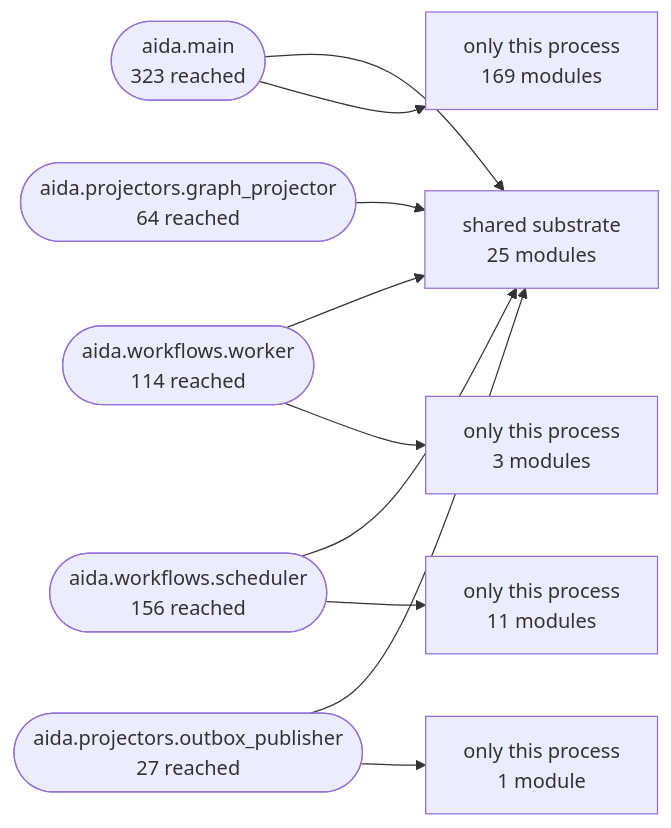
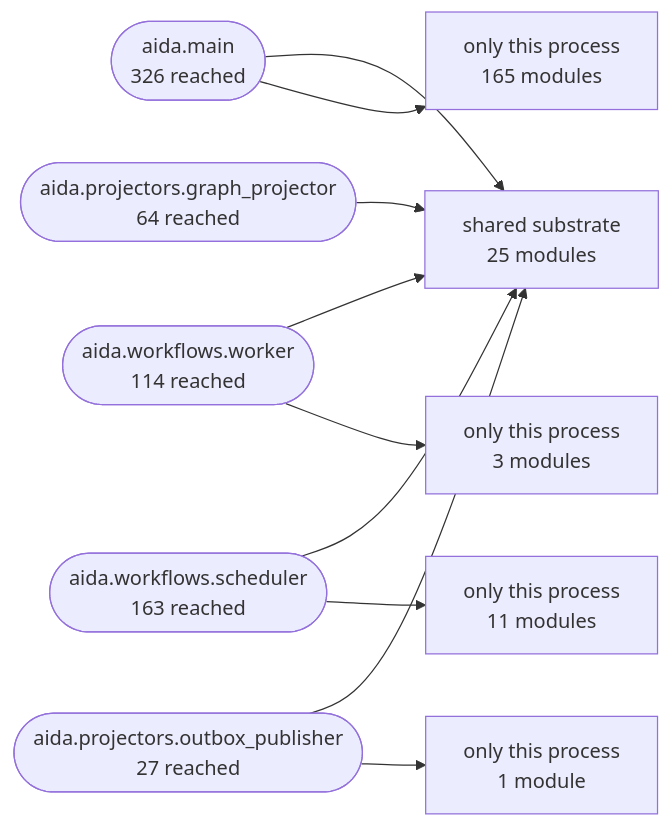
The second of 3 diagrams in Docs/10-architecture/14-generated-architecture-map.md (karuppusamym/AIDataAnalyst), drawn with Mermaid before and after one commit. The commit also changed other lines of this file and 25 other files, not shown here.

````diff
--- a/Docs/10-architecture/14-generated-architecture-map.md
+++ b/Docs/10-architecture/14-generated-architecture-map.md
@@ -172,22 +172,22 @@
 ```mermaid
 graph LR
   shared["shared substrate<br/>25 modules"]
-  aida_main(["aida.main<br/>323 reached"])
+  aida_main(["aida.main<br/>326 reached"])
   aida_workflows_worker(["aida.workflows.worker<br/>114 reached"])
-  aida_workflows_scheduler(["aida.workflows.scheduler<br/>156 reached"])
+  aida_workflows_scheduler(["aida.workflows.scheduler<br/>163 reached"])
   aida_projectors_graph_projector(["aida.projectors.graph_projector<br/>64 reached"])
   aida_projectors_outbox_publisher(["aida.projectors.outbox_publisher<br/>27 reached"])
   aida_main --> shared
-  only_aida_main["only this process<br/>169 modules"]
+  only_aida_main["only this process<br/>165 modules"]
   aida_main --> only_aida_main
   aida_workflows_worker --> shared
   only_aida_workflows_worker["only this process<br/>3 modules"]
   aida_workflows_worker --> only_aida_workflows_worker
   aida_workflows_scheduler --> shared
   only_aida_workflows_scheduler["only this process<br/>11 modules"]
   aida_workflows_scheduler --> only_aida_workflows_scheduler
   aida_projectors_graph_projector --> shared
   aida_projectors_outbox_publisher --> shared
   only_aida_projectors_outbox_publisher["only this process<br/>1 module"]
   aida_projectors_outbox_publisher --> only_aida_projectors_outbox_publisher
 ```
````
